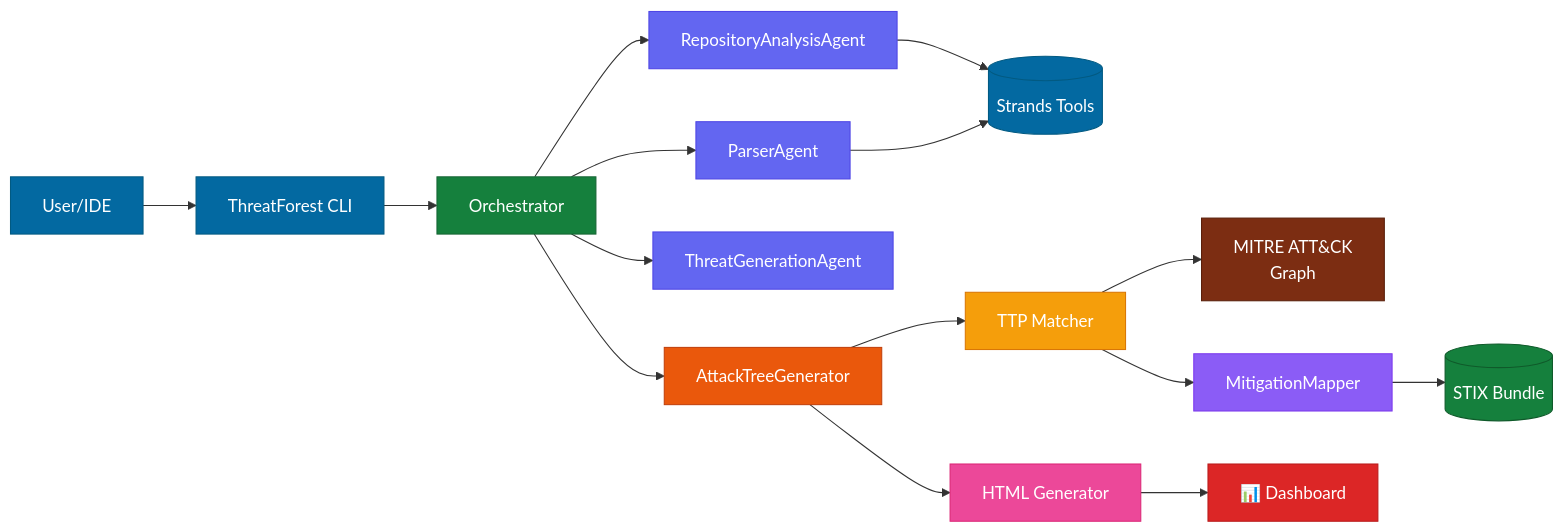
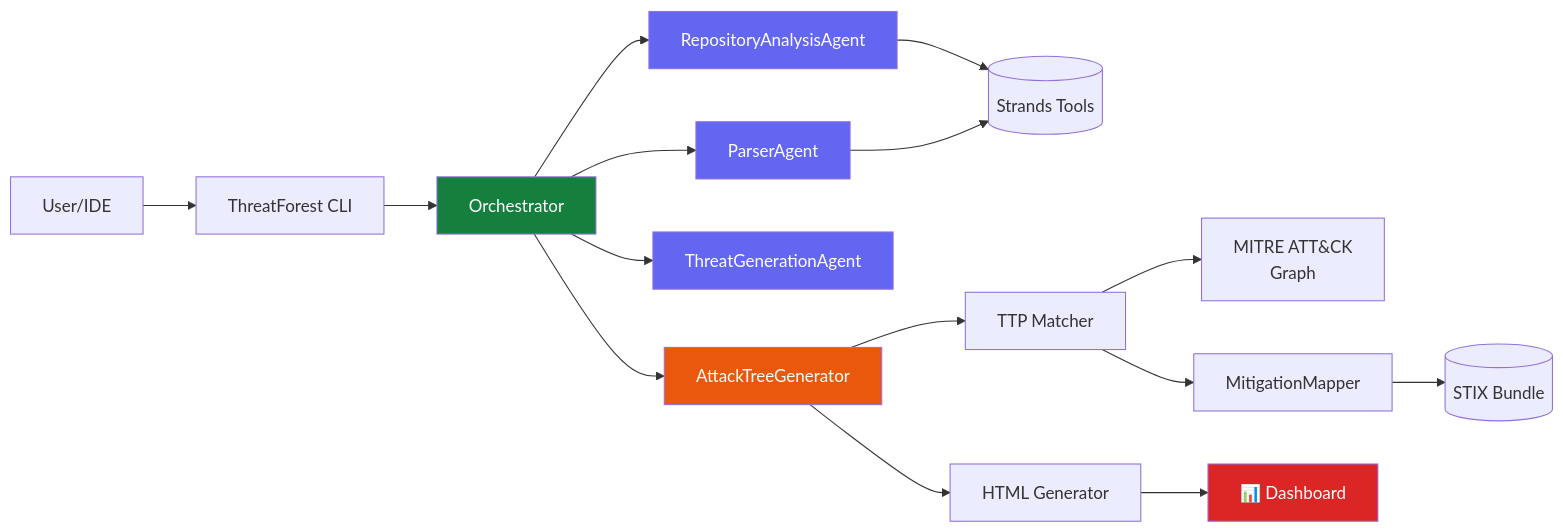
The diagram in docs/architecture/overview.md (aws-samples/sample-agentic-attack-tree-generator), drawn with Mermaid before and after one commit. The commit also changed 1 other file, not shown here.

````diff
--- a/docs/architecture/overview.md
+++ b/docs/architecture/overview.md
@@ -7,36 +7,28 @@
 ```mermaid
 graph LR
     A[User/IDE] --> B[ThreatForest CLI]
     B --> C[Orchestrator]
     C --> D[RepositoryAnalysisAgent]
     C --> E[ParserAgent]
     C --> F[ThreatGenerationAgent]
     C --> G[AttackTreeGenerator]
-    
+
     D --> H[(Strands Tools)]
     E --> H
-    
+
     G --> I[TTP Matcher]
     I --> J[MITRE ATT&CK<br/>Graph]
-    
+
     I --> K[MitigationMapper]
     K --> L[(STIX Bundle)]
-    
+
     G --> M[HTML Generator]
     M --> N[📊 Dashboard]
-    
-    style A fill:#0369a1,stroke:#025a82,color:#fff
-    style B fill:#0369a1,stroke:#025a82,color:#fff
-    style C fill:#15803d,stroke:#166534,color:#fff
-    style D fill:#6366f1,stroke:#4f46e5,color:#fff
-    style E fill:#6366f1,stroke:#4f46e5,color:#fff
-    style F fill:#6366f1,stroke:#4f46e5,color:#fff
-    style G fill:#ea580c,stroke:#c2410c,color:#fff
-    style H fill:#0369a1,stroke:#025a82,color:#fff
-    style I fill:#f59e0b,stroke:#d97706,color:#fff
-    style J fill:#7c2d12,stroke:#5a1f0a,color:#fff
-    style K fill:#8b5cf6,stroke:#7c3aed,color:#fff
-    style L fill:#15803d,stroke:#0f5a2a,color:#fff
-    style M fill:#ec4899,stroke:#db2777,color:#fff
-    style N fill:#dc2626,stroke:#b91c1c,color:#fff
+
+    style C fill:#15803d,color:#fff
+    style D fill:#6366f1,color:#fff
+    style E fill:#6366f1,color:#fff
+    style F fill:#6366f1,color:#fff
+    style G fill:#ea580c,color:#fff
+    style N fill:#dc2626,color:#fff
 ```
````
